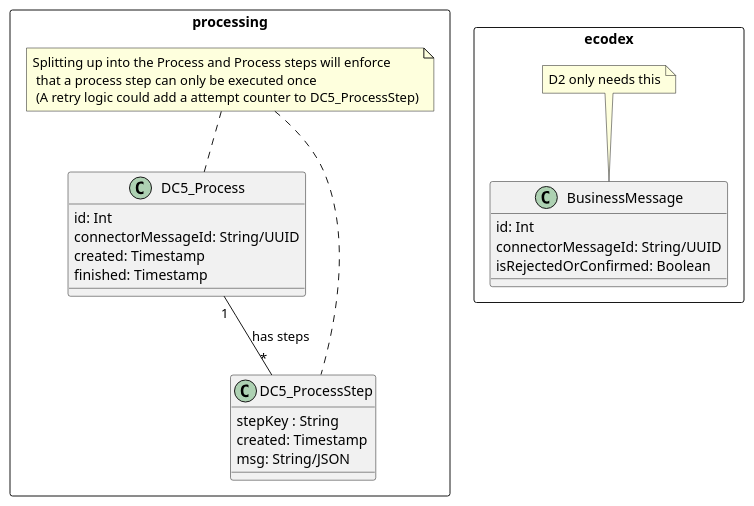
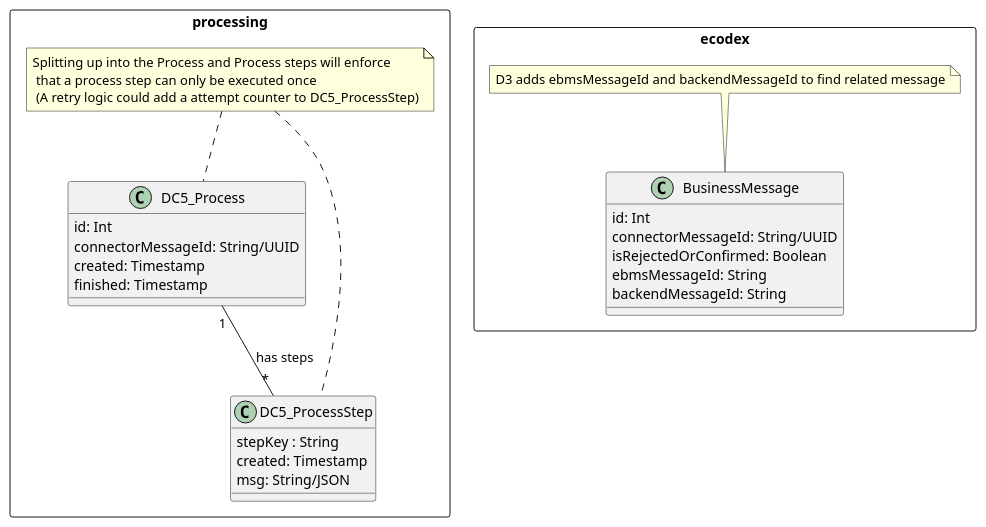
Before and after one commit to muell16/domibusConnector: the diagram in domibusConnector/domibusConnectorDocumentation/src/asciidoc/doc/architecture/connector5/entity_items/data_model_draft.adoc, drawn with PlantUML. The commit also changed other lines of this file, not shown here.

Commit message:
update data model draft

```diff
--- a/domibusConnector/domibusConnectorDocumentation/src/asciidoc/doc/architecture/connector5/entity_items/data_model_draft.adoc
+++ b/domibusConnector/domibusConnectorDocumentation/src/asciidoc/doc/architecture/connector5/entity_items/data_model_draft.adoc
@@ -62,49 +66,51 @@
 [plantuml]
 ----
 @startuml
 
 package processing <<rectangle>> {
 
 class DC5_Process
 {
   id: Int
   connectorMessageId: String/UUID
   created: Timestamp
   finished: Timestamp
 }
 
 note "Splitting up into the Process and Process steps will enforce\n \
 that a process step can only be executed once\n \
 (A retry logic could add a attempt counter to DC5_ProcessStep)" as N1
 
 class DC5_ProcessStep {
   stepKey : String
   created: Timestamp
   msg: String/JSON
 }
 
 DC5_Process "1" -- "*" DC5_ProcessStep : has steps
 
 N1 .. DC5_ProcessStep
 N1 .. DC5_Process
 
 }
 
 
 package ecodex <<rectangle>> {
 
 class BusinessMessage {
   id: Int
   connectorMessageId: String/UUID
   isRejectedOrConfirmed: Boolean
+  ebmsMessageId: String
+  backendMessageId: String
 }
 
-note "D2 only needs this" as N2
+note "D3 adds ebmsMessageId and backendMessageId to find related message" as N2
 
 N2 .. BusinessMessage
 
 }
 
 
 @enduml
 ----
```
